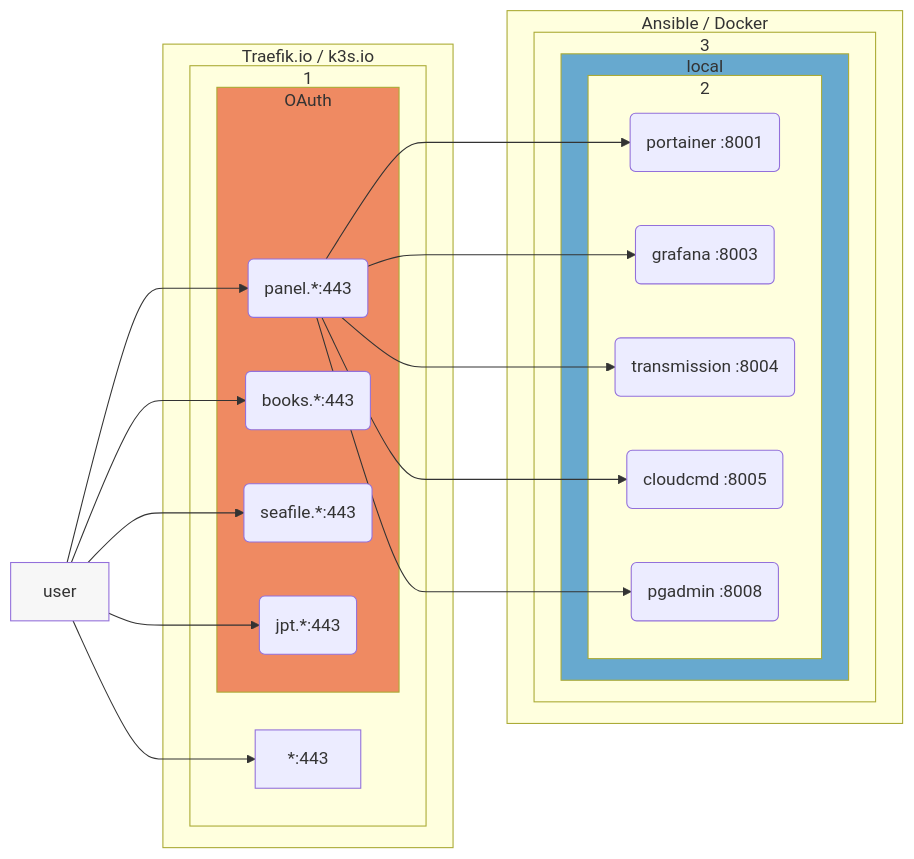
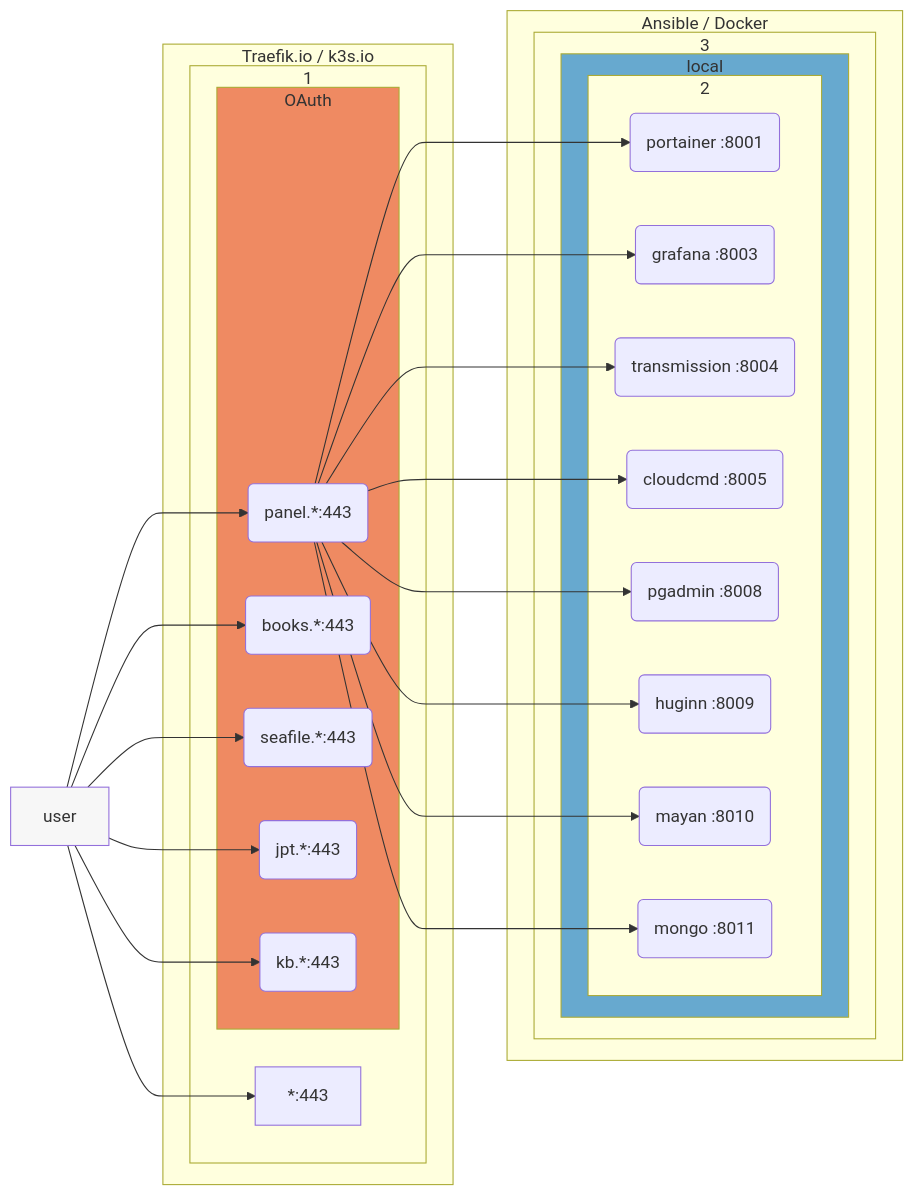
Before and after one commit to omdv/homelab-server: the diagram in topology.mmd, drawn with Mermaid. The commit also changed 15 other files, not shown here.

```diff
--- a/topology.mmd
+++ b/topology.mmd
@@ -1,38 +1,46 @@
 graph LR
 user[user] --> nginx
 user --> panel
 user --> books
 user --> seafile
 user --> jpt
+user --> kanboard
 panel --> lo1
 panel --> lo2
 panel --> lo3
 panel --> lo4
 panel --> lo5
+panel --> lo6
+panel --> lo7
+panel --> lo8
 subgraph k3s[Traefik.io / k3s.io]
 subgraph 1
     subgraph sso[OAuth]
     panel(panel.*:443)
     books(books.*:443)
     jpt(jpt.*:443)
     seafile(seafile.*:443)
+    kanboard(kb.*:443)
     end
 nginx[*:443]
 end
 end
 subgraph dc[Ansible / Docker]
 subgraph 3
     subgraph local[local]
     subgraph 2
         lo1(portainer :8001)
         lo2(grafana :8003)
         lo3(transmission :8004)
         lo4(cloudcmd :8005)
         lo5(pgadmin :8008)
+        lo6(huginn :8009)
+        lo7(mayan :8010)
+        lo8(mongo :8011)
     end
     end
 end
 end
 style local fill:#67a9cf,padding:10px
 style sso fill:#ef8a62,padding:50px
 style user fill:#f7f7f7
```
